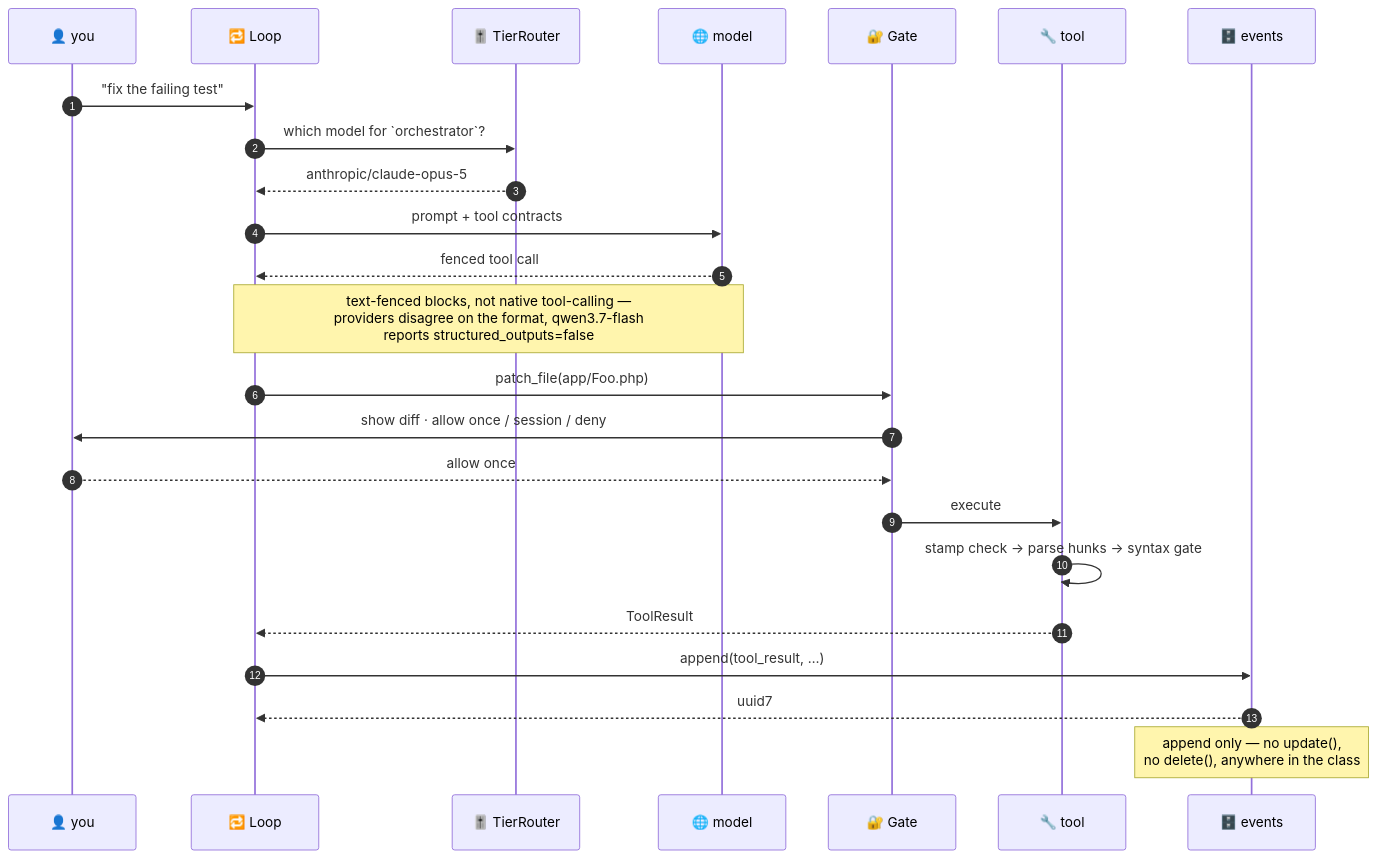
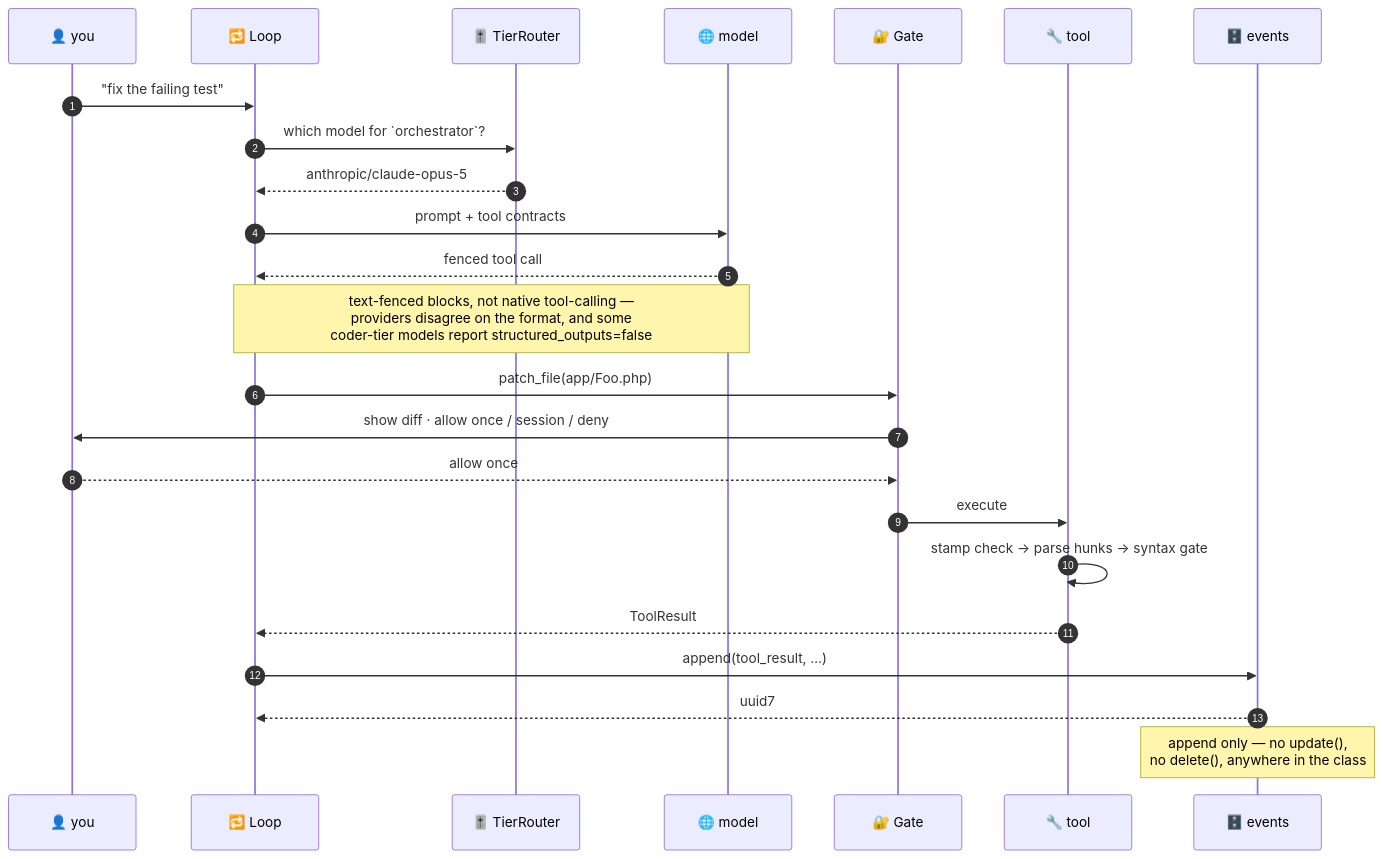
The second of 3 diagrams in README.md (shoemoney/paider), drawn with Mermaid before and after one commit. The commit also changed other lines of this file and 4 other files, not shown here.

````diff
--- a/README.md
+++ b/README.md
@@ -269,27 +269,27 @@
 ```mermaid
 sequenceDiagram
     autonumber
     participant U as 👤 you
     participant L as 🔁 Loop
     participant R as 🎚️ TierRouter
     participant M as 🌐 model
     participant G as 🔐 Gate
     participant T as 🔧 tool
     participant E as 🗄️ events
 
     U->>L: "fix the failing test"
     L->>R: which model for `orchestrator`?
     R-->>L: anthropic/claude-opus-5
     L->>M: prompt + tool contracts
     M-->>L: fenced tool call
-    Note over L,M: text-fenced blocks, not native tool-calling —<br/>providers disagree on the format, qwen3.7-flash<br/>reports structured_outputs=false
+    Note over L,M: text-fenced blocks, not native tool-calling —<br/>providers disagree on the format, and some<br/>coder-tier models report structured_outputs=false
     L->>G: patch_file(app/Foo.php)
     G->>U: show diff · allow once / session / deny
     U-->>G: allow once
     G->>T: execute
     T->>T: stamp check → parse hunks → syntax gate
     T-->>L: ToolResult
     L->>E: append(tool_result, …)
     E-->>L: uuid7
     Note over E: append only — no update(),<br/>no delete(), anywhere in the class
 ```
````
